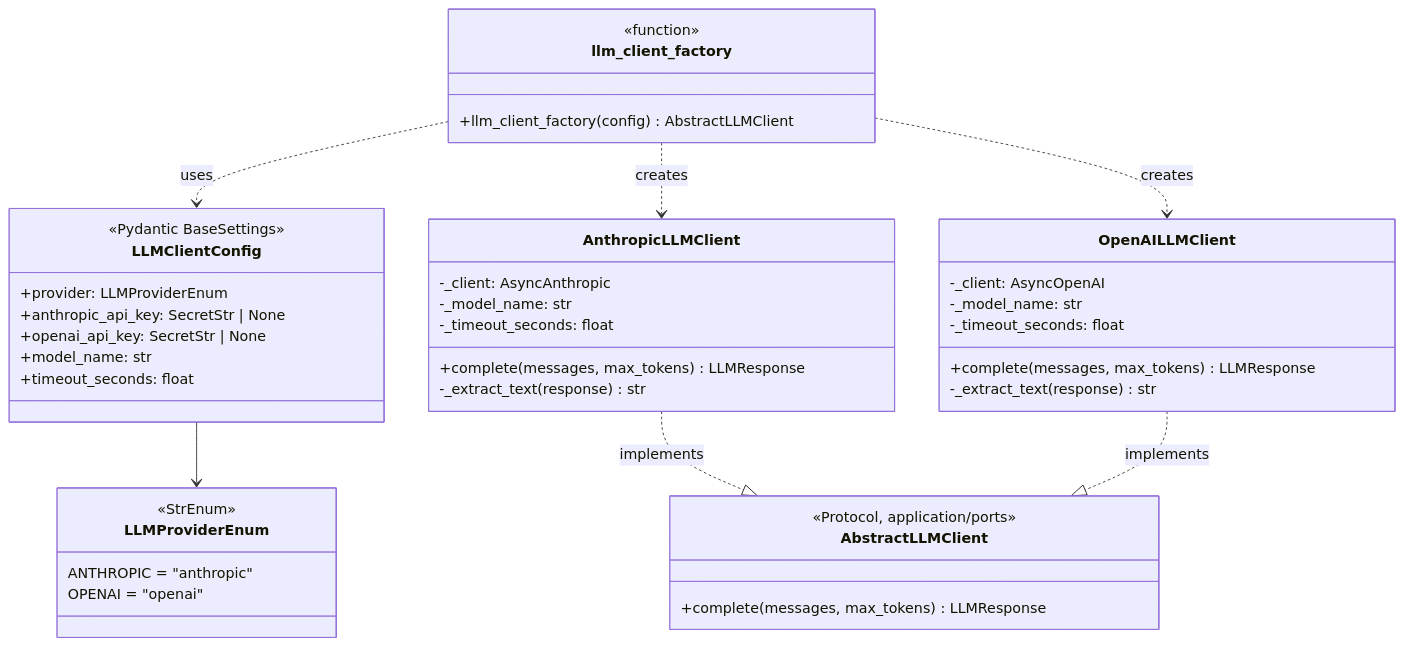
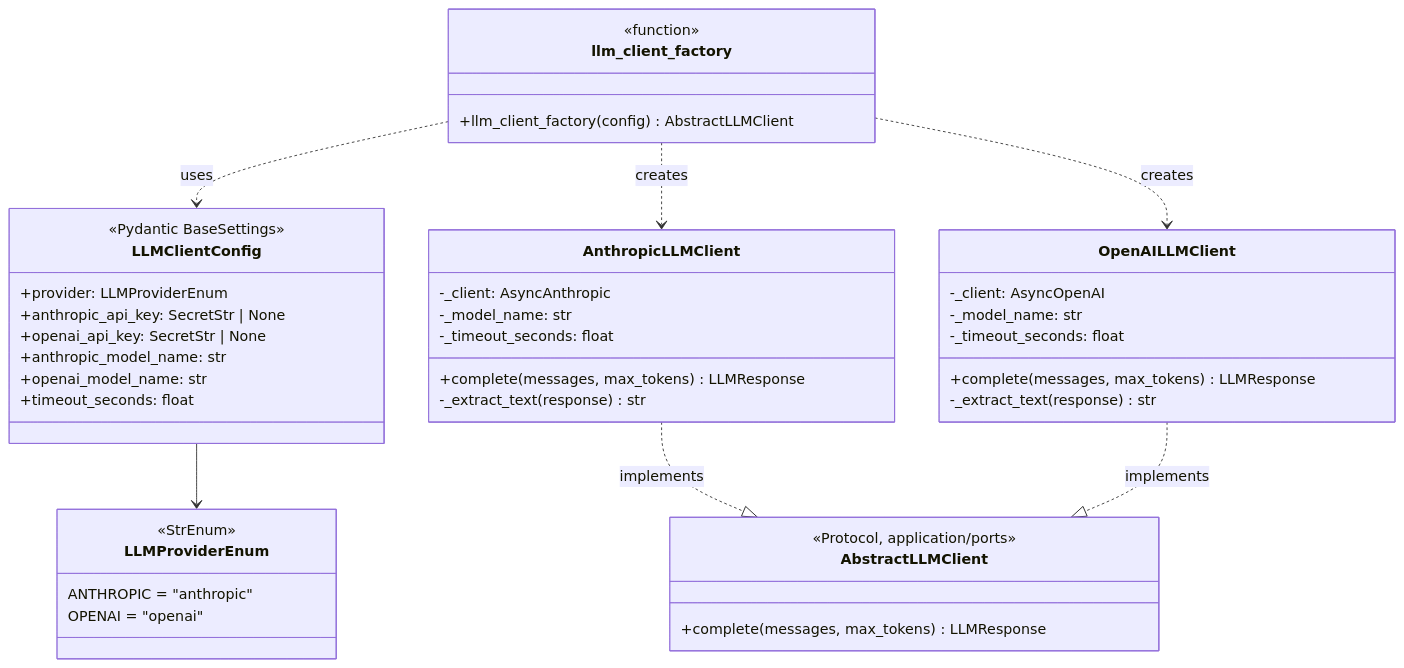
Before and after one commit to bakufu-dev/bakufu: the first of 2 diagrams in docs/features/llm-client/infrastructure/basic-design.md, drawn with Mermaid. The commit also changed other lines of this file and 6 other files, not shown here.

````diff
--- a/docs/features/llm-client/infrastructure/basic-design.md
+++ b/docs/features/llm-client/infrastructure/basic-design.md
@@ -106,50 +108,51 @@
 ```mermaid
 classDiagram
     class AbstractLLMClient {
         <<Protocol, application/ports>>
         +complete(messages, max_tokens) LLMResponse
     }
 
     class AnthropicLLMClient {
         -_client: AsyncAnthropic
         -_model_name: str
         -_timeout_seconds: float
         +complete(messages, max_tokens) LLMResponse
         -_extract_text(response) str
     }
 
     class OpenAILLMClient {
         -_client: AsyncOpenAI
         -_model_name: str
         -_timeout_seconds: float
         +complete(messages, max_tokens) LLMResponse
         -_extract_text(response) str
     }
 
     class LLMClientConfig {
         <<Pydantic BaseSettings>>
         +provider: LLMProviderEnum
         +anthropic_api_key: SecretStr | None
         +openai_api_key: SecretStr | None
-        +model_name: str
+        +anthropic_model_name: str
+        +openai_model_name: str
         +timeout_seconds: float
     }
 
     class LLMProviderEnum {
         <<StrEnum>>
         ANTHROPIC = "anthropic"
         OPENAI = "openai"
     }
 
     class llm_client_factory {
         <<function>>
         +llm_client_factory(config) AbstractLLMClient
     }
 
     AnthropicLLMClient ..|> AbstractLLMClient : implements
     OpenAILLMClient ..|> AbstractLLMClient : implements
     LLMClientConfig --> LLMProviderEnum
     llm_client_factory ..> LLMClientConfig : uses
     llm_client_factory ..> AnthropicLLMClient : creates
     llm_client_factory ..> OpenAILLMClient : creates
 ```
````
